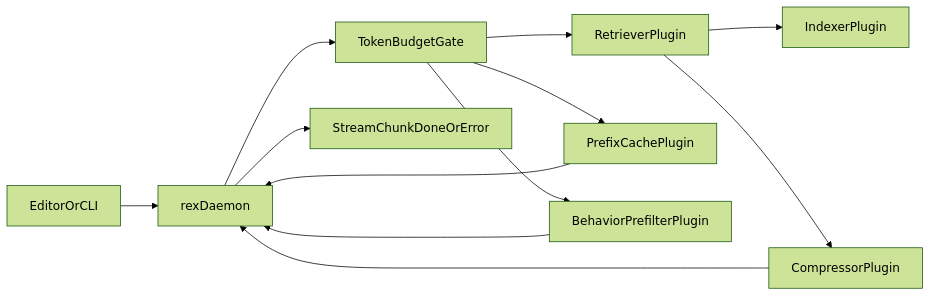
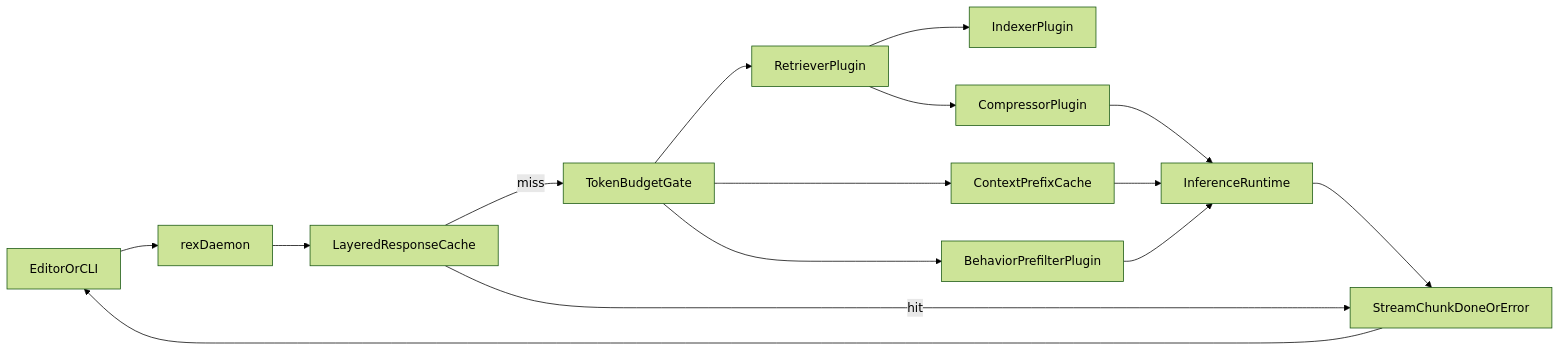
The diagram in docs/CONTEXT_EFFICIENCY.md (thsfranca/rex), drawn with Mermaid (forest theme) before and after one commit. The commit also changed other lines of this file and 19 other files, not shown here.

First line of the commit message:
feat(extension/docs): mode-gated chat flow and agnostic adapter design docs (#117)

````diff
--- a/docs/CONTEXT_EFFICIENCY.md
+++ b/docs/CONTEXT_EFFICIENCY.md
@@ -14,14 +16,17 @@
 ```mermaid
 flowchart LR
   editorClient[EditorOrCLI] --> daemonCore[rexDaemon]
-  daemonCore --> budgetGate[TokenBudgetGate]
+  daemonCore --> layeredCache[LayeredResponseCache]
+  layeredCache -->|miss| budgetGate[TokenBudgetGate]
   budgetGate --> retrieverPlugin[RetrieverPlugin]
   retrieverPlugin --> indexerPlugin[IndexerPlugin]
   retrieverPlugin --> compressorPlugin[CompressorPlugin]
-  budgetGate --> cachePlugin[PrefixCachePlugin]
+  budgetGate --> contextPrefixCache[ContextPrefixCache]
   budgetGate --> behaviorPlugin[BehaviorPrefilterPlugin]
-  compressorPlugin --> daemonCore
-  cachePlugin --> daemonCore
-  behaviorPlugin --> daemonCore
-  daemonCore --> streamOut[StreamChunkDoneOrError]
+  compressorPlugin --> runtimeAdapter[InferenceRuntime]
+  contextPrefixCache --> runtimeAdapter
+  behaviorPlugin --> runtimeAdapter
+  layeredCache -->|hit| streamOut[StreamChunkDoneOrError]
+  runtimeAdapter --> streamOut
+  streamOut --> editorClient
 ```
````
